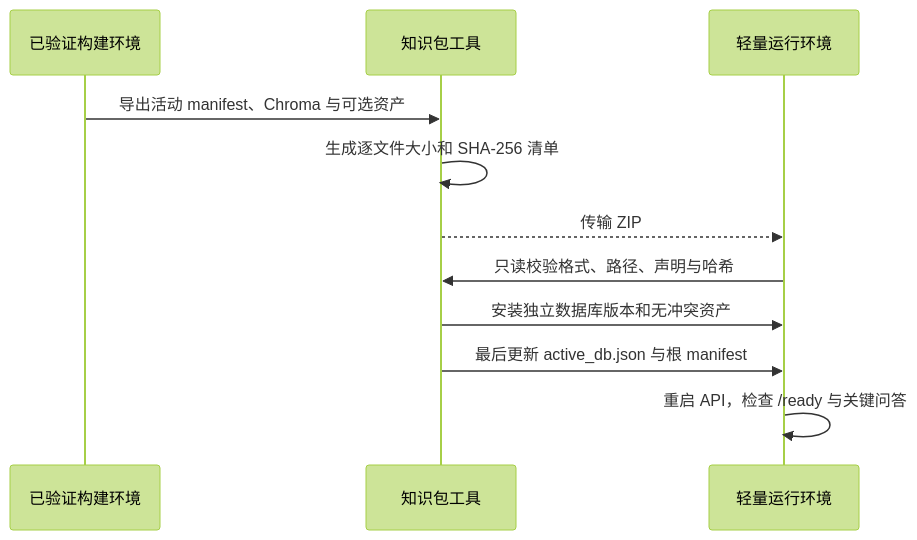
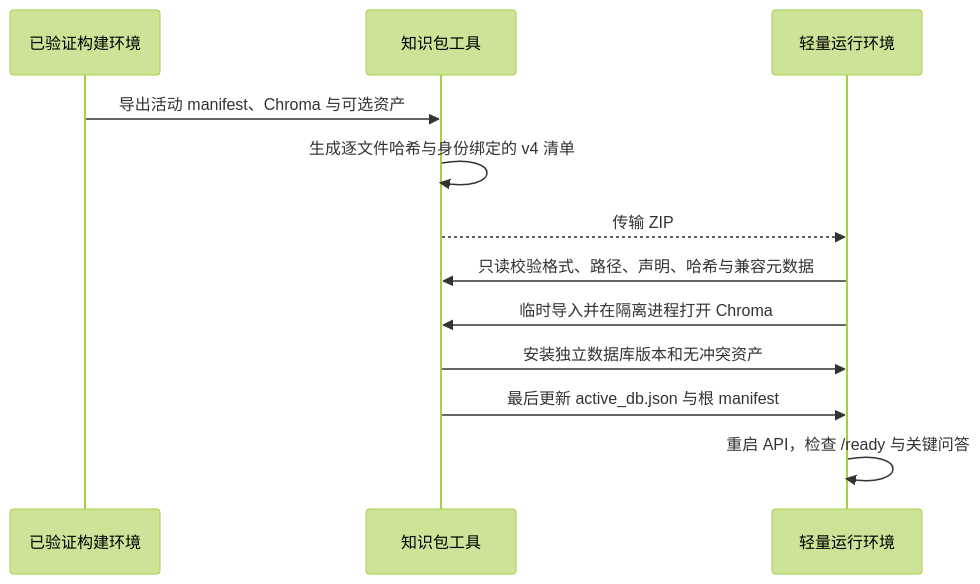
Before and after one commit to xiaochongshanww/Portfolio: the fourth of 4 diagrams in 结构设计规范知识库/docs/architecture/系统详细设计.md, drawn with Mermaid (forest theme). The commit also changed other lines of this file and 19 other files, not shown here.

````diff
--- a/结构设计规范知识库/docs/architecture/系统详细设计.md
+++ b/结构设计规范知识库/docs/architecture/系统详细设计.md
@@ -165,13 +165,14 @@
 ```mermaid
 sequenceDiagram
     participant B as 已验证构建环境
     participant P as 知识包工具
     participant R as 轻量运行环境
     B->>P: 导出活动 manifest、Chroma 与可选资产
-    P->>P: 生成逐文件大小和 SHA-256 清单
+    P->>P: 生成逐文件哈希与身份绑定的 v4 清单
     P-->>R: 传输 ZIP
-    R->>P: 只读校验格式、路径、声明与哈希
+    R->>P: 只读校验格式、路径、声明、哈希与兼容元数据
+    R->>P: 临时导入并在隔离进程打开 Chroma
     P->>R: 安装独立数据库版本和无冲突资产
     P->>R: 最后更新 active_db.json 与根 manifest
     R->>R: 重启 API，检查 /ready 与关键问答
 ```
````
